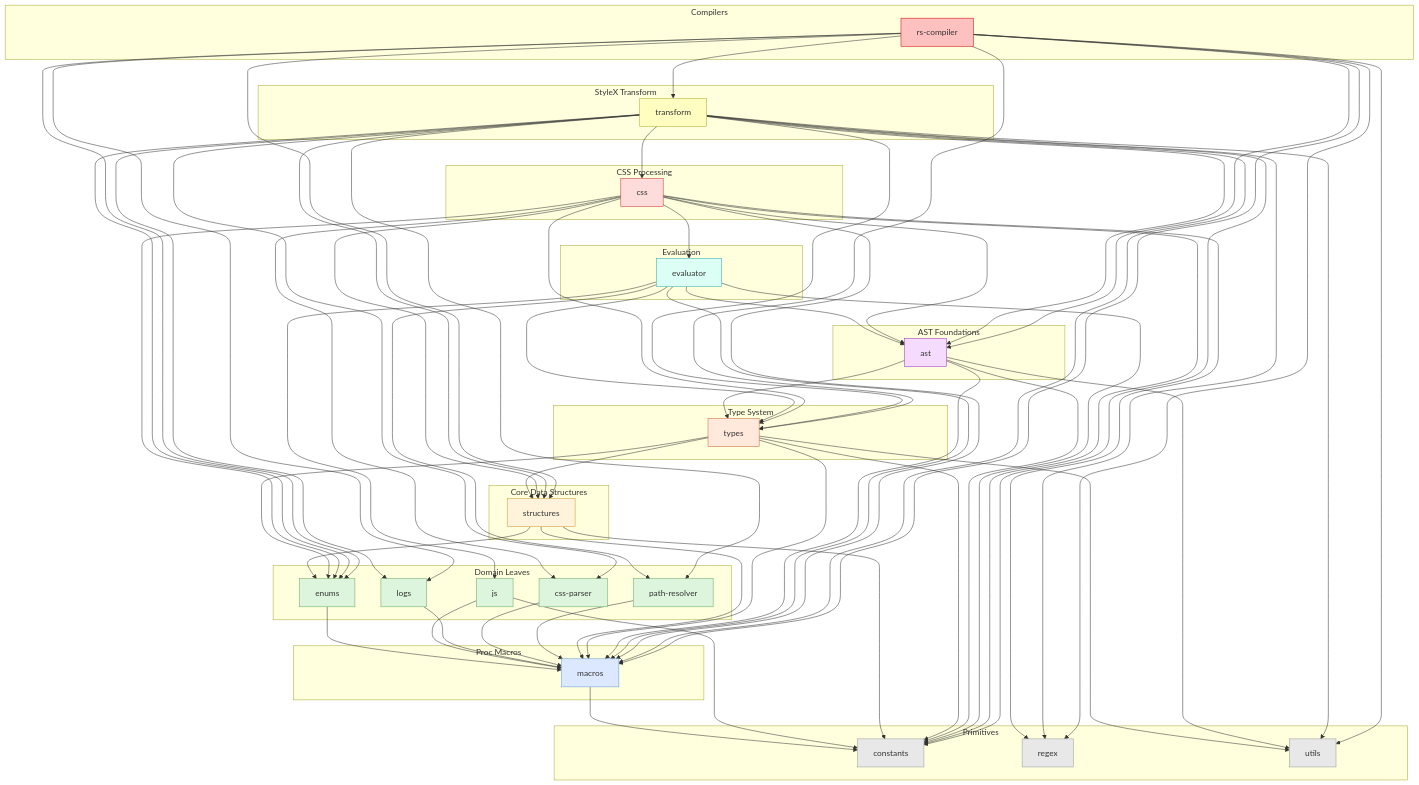
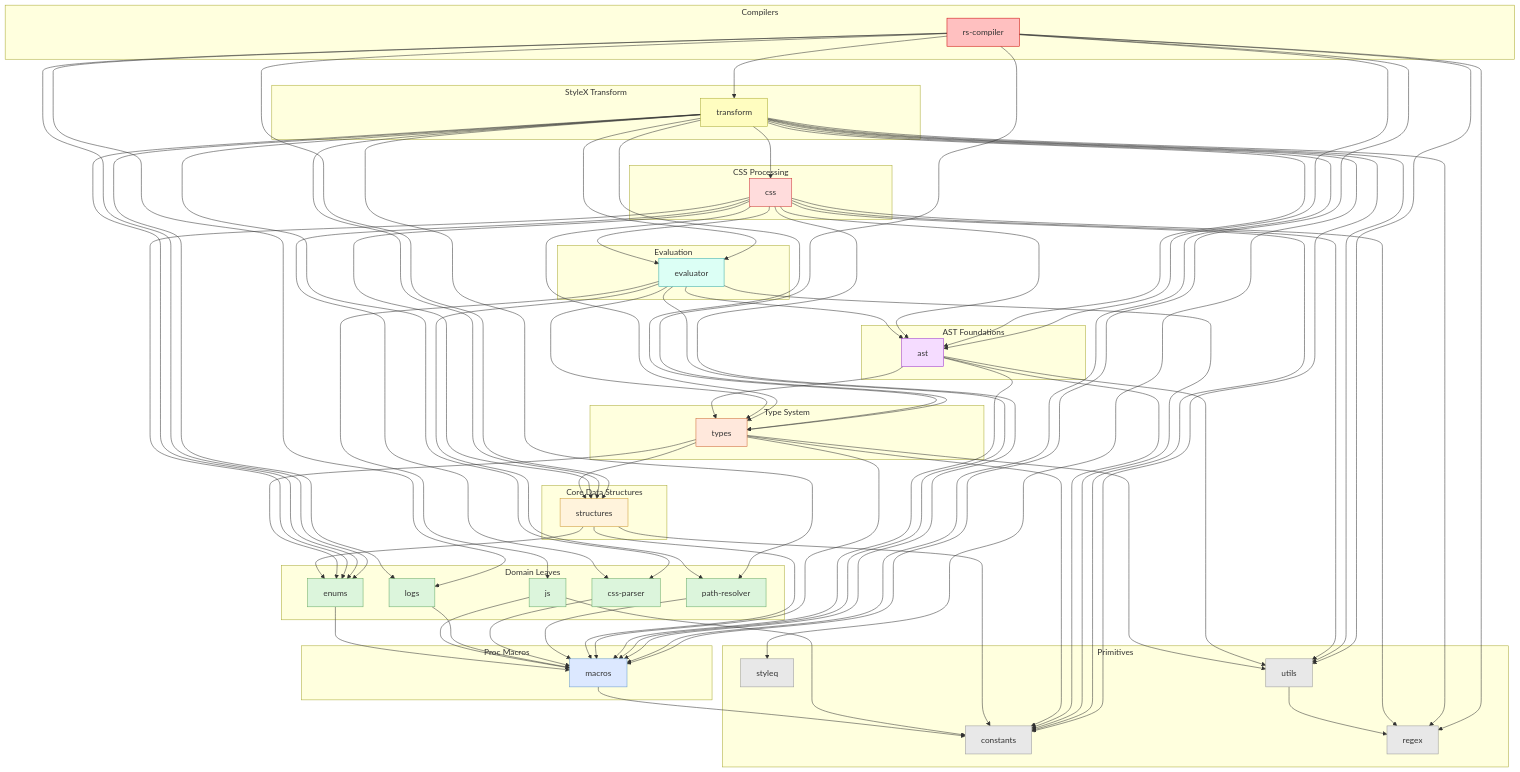
The diagram in README.md (Dwlad90/stylex-swc-plugin), drawn with Mermaid before and after one commit. The commit also changed other lines of this file and 18 other files, not shown here.

```diff
--- a/README.md
+++ b/README.md
@@ -124,6 +154,7 @@
   subgraph L0["Primitives"]
     stylex_constants["constants"]
     stylex_regex["regex"]
+    stylex_styleq["styleq"]
     stylex_utils["utils"]
   end
 
@@ -167,6 +198,8 @@
     stylex_compiler_rs["rs-compiler"]
   end
 
+  stylex_utils         --> stylex_regex
+
   stylex_macros        --> stylex_constants
 
   stylex_enums         --> stylex_macros
@@ -207,17 +240,20 @@
   stylex_css           --> stylex_regex
   stylex_css           --> stylex_structures
   stylex_css           --> stylex_types
+  stylex_css           --> stylex_utils
 
   stylex_transform     --> stylex_ast
   stylex_transform     --> stylex_constants
   stylex_transform     --> stylex_css
   stylex_transform     --> stylex_css_parser
   stylex_transform     --> stylex_enums
+  stylex_transform     --> stylex_evaluator
   stylex_transform     --> stylex_logs
   stylex_transform     --> stylex_macros
   stylex_transform     --> stylex_path_resolver
   stylex_transform     --> stylex_regex
   stylex_transform     --> stylex_structures
+  stylex_transform     --> stylex_styleq
   stylex_transform     --> stylex_types
   stylex_transform     --> stylex_utils
 
@@ -242,7 +278,7 @@
   classDef l8 fill:#fffdc0,stroke:#aaaa33,color:#333
   classDef l9 fill:#ffc0c0,stroke:#cc0000,color:#333
 
-  class stylex_constants,stylex_regex,stylex_utils l0
+  class stylex_constants,stylex_regex,stylex_styleq,stylex_utils l0
   class stylex_macros l1
   class stylex_enums,stylex_js,stylex_logs,stylex_css_parser,stylex_path_resolver l2
   class stylex_structures l3
```
